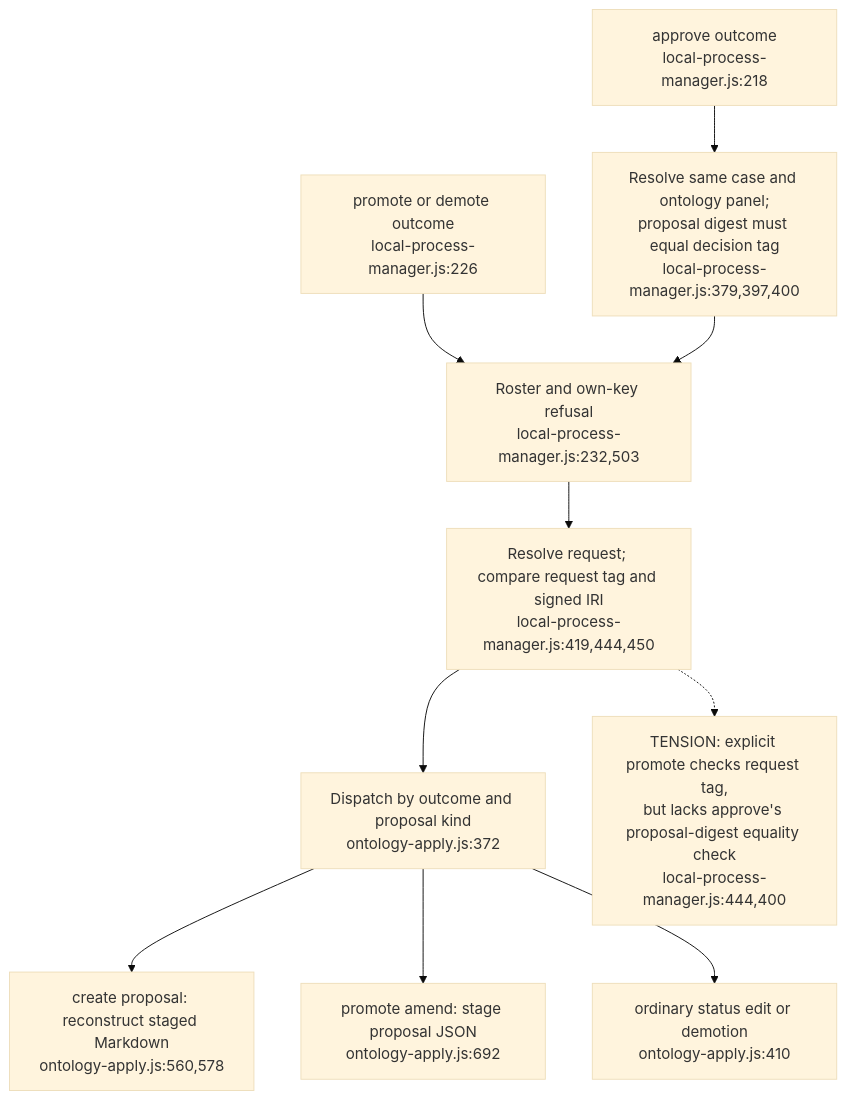
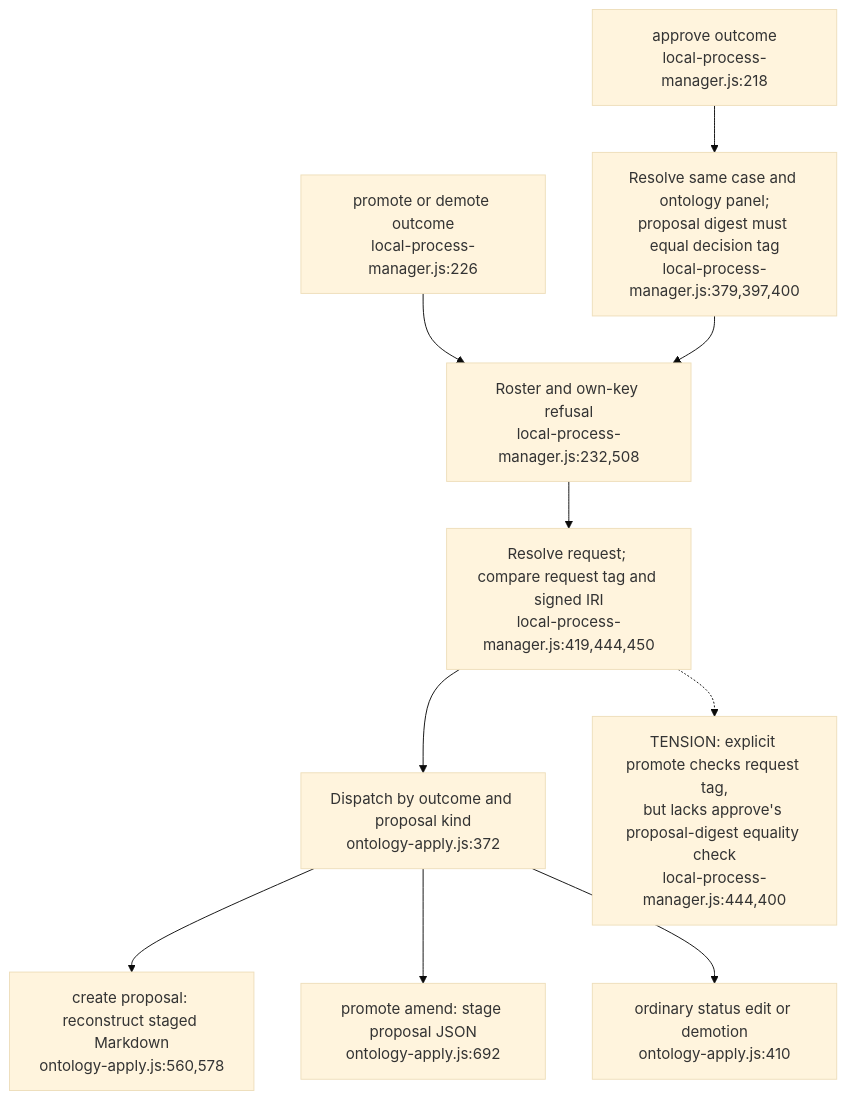
The first of 3 diagrams in docs/diagrams/ontomark/07-governed-create-and-amend.md (DreamLab-AI/VisionFlow), drawn with Mermaid (base theme) before and after one commit. The commit also changed other lines of this file and 154 other files, not shown here.

First line of the commit message:
docs(diagrams): re-stamp 154 topics whose every citation still reads the same text at the current heads

````diff
--- a/docs/diagrams/ontomark/07-governed-create-and-amend.md
+++ b/docs/diagrams/ontomark/07-governed-create-and-amend.md
@@ -27,12 +27,12 @@
 ```mermaid
 flowchart TD
     A["approve outcome<br/>local-process-manager.js:218"] --> Q["Resolve same case and ontology panel;<br/>proposal digest must equal decision tag<br/>local-process-manager.js:379,397,400"]
-    P["promote or demote outcome<br/>local-process-manager.js:226"] --> R["Roster and own-key refusal<br/>local-process-manager.js:232,503"]
+    P["promote or demote outcome<br/>local-process-manager.js:226"] --> R["Roster and own-key refusal<br/>local-process-manager.js:232,508"]
     Q --> R
     R --> B["Resolve request; compare request tag and signed IRI<br/>local-process-manager.js:419,444,450"]
     B --> D["Dispatch by outcome and proposal kind<br/>ontology-apply.js:372"]
     D --> C["create proposal: reconstruct staged Markdown<br/>ontology-apply.js:560,578"]
     D --> M["promote amend: stage proposal JSON<br/>ontology-apply.js:692"]
     D --> E["ordinary status edit or demotion<br/>ontology-apply.js:410"]
     B -.-> X["TENSION: explicit promote checks request tag,<br/>but lacks approve's proposal-digest equality check<br/>local-process-manager.js:444,400"]
 ```
````
